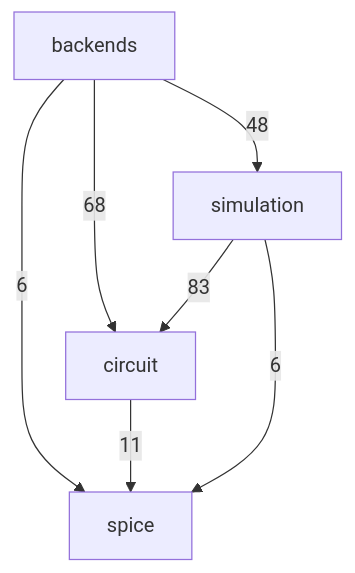
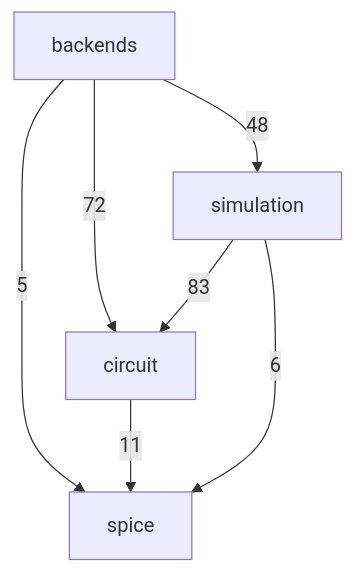
One commit to ronnymilleo/imcsim changed the second of 3 diagrams in docs/architecture.md. Above: the diagram before and after it, drawn with Mermaid. The commit also changed other lines of this file and 22 other files, not shown here.

````diff
--- a/docs/architecture.md
+++ b/docs/architecture.md
@@ -33,13 +33,13 @@
 ```mermaid
 flowchart TD
     app_core_spice[spice]
     app_core_circuit[circuit]
     app_core_simulation[simulation]
     app_core_backends[backends]
-    app_core_backends -->|68| app_core_circuit
+    app_core_backends -->|72| app_core_circuit
     app_core_backends -->|48| app_core_simulation
-    app_core_backends -->|6| app_core_spice
+    app_core_backends -->|5| app_core_spice
     app_core_circuit -->|11| app_core_spice
     app_core_simulation -->|83| app_core_circuit
     app_core_simulation -->|6| app_core_spice
 ```
````
